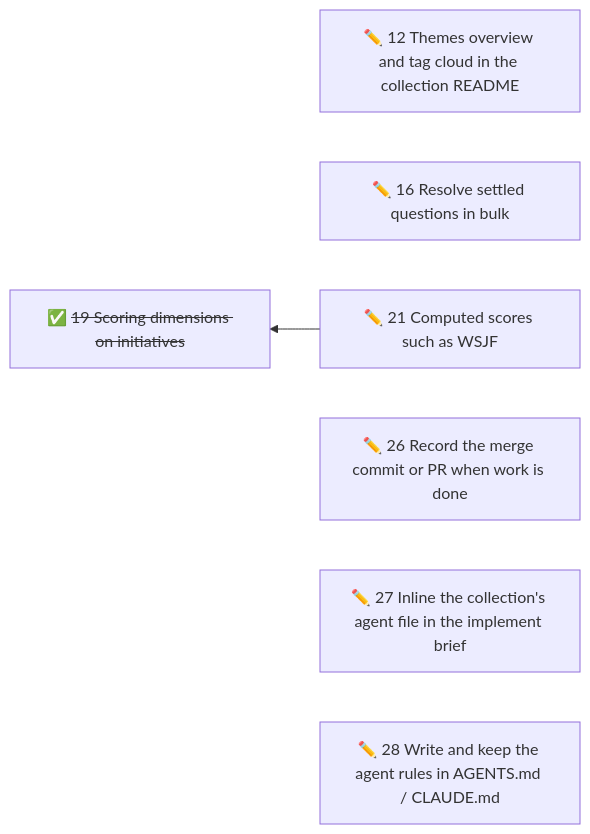
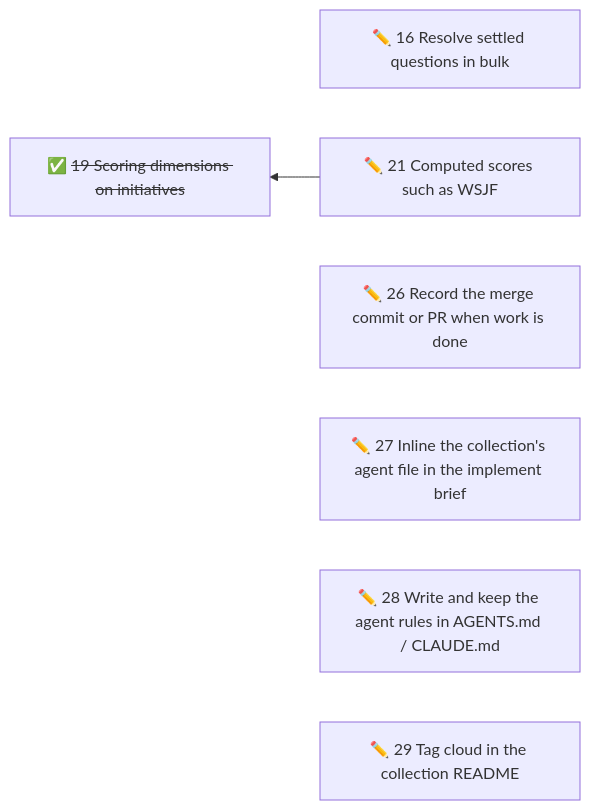
Before and after one commit to duckAsteroid/brindley: the diagram in initiatives/README.md, drawn with Mermaid. The commit also changed other lines of this file and 10 other files, not shown here.

First line of the commit message:
feat: a Themes section in the collection README

````diff
--- a/initiatives/README.md
+++ b/initiatives/README.md
@@ -35,18 +35,18 @@
 ```mermaid
 flowchart RL
-  n12["✏️ 12 Themes overview and tag cloud in the collection README"]
   n16["✏️ 16 Resolve settled questions in bulk"]
   n21["✏️ 21 Computed scores such as WSJF"]
   n26["✏️ 26 Record the merge commit or PR when work is done"]
   n27["✏️ 27 Inline the collection's agent file in the implement brief"]
   n28["✏️ 28 Write and keep the agent rules in AGENTS.md / CLAUDE.md"]
+  n29["✏️ 29 Tag cloud in the collection README"]
   n19["✅ <s>19 Scoring dimensions on initiatives</s>"]
   n21 --> n19
-  click n12 href "12-themes-overview-and-tag-cloud-in-the-collection-readme.md"
   click n16 href "16-resolve-settled-questions-in-bulk.md"
   click n21 href "21-computed-scores-such-as-wsjf.md"
   click n26 href "26-record-the-merge-commit-or-pr-when-work-is-done.md"
   click n27 href "27-inline-the-collection-s-agent-file-in-the-implement-brief.md"
   click n28 href "28-write-and-keep-the-agent-rules-in-agents-md-claude-md.md"
+  click n29 href "29-tag-cloud-in-the-collection-readme.md"
   click n19 href "done/19-rank-initiatives-by-scoring-dimensions.md"
 ```
````
